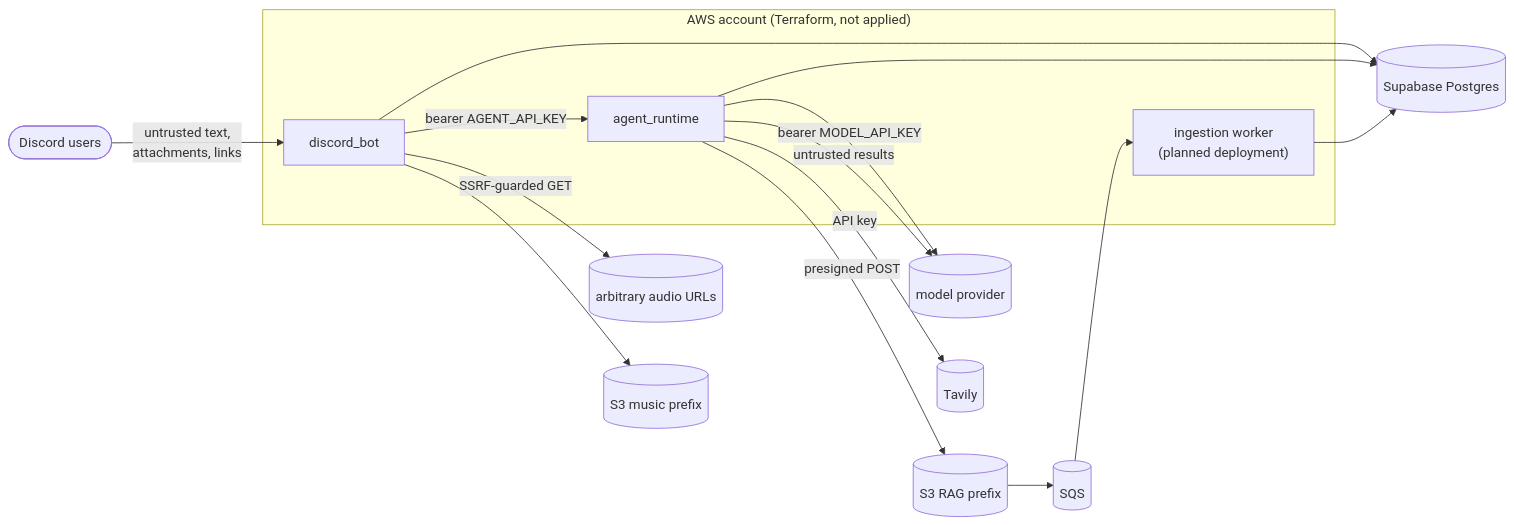
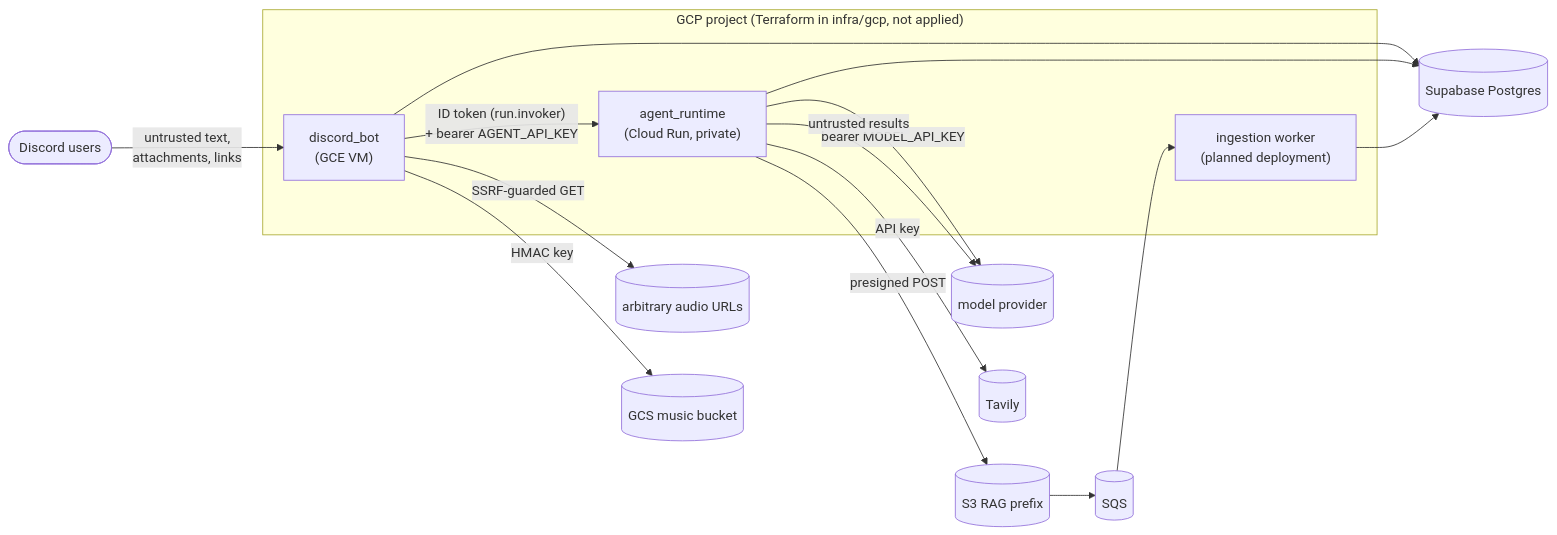
Before and after one commit to PatiphanAK/tatarbot: the diagram in docs/security.md, drawn with Mermaid. The commit also changed other lines of this file and 16 other files, not shown here.

First line of the commit message:
gcp: hybrid deployment, bot on GCE and runtime on Cloud Run

````diff
--- a/docs/security.md
+++ b/docs/security.md
@@ -8,20 +8,20 @@
 ```mermaid
 flowchart LR
     users([Discord users]) -->|"untrusted text,<br/>attachments, links"| bot
-    subgraph aws["AWS account (Terraform, not applied)"]
-        bot[discord_bot]
-        rt[agent_runtime]
+    subgraph gcp["GCP project (Terraform in infra/gcp, not applied)"]
+        bot["discord_bot<br/>(GCE VM)"]
+        rt["agent_runtime<br/>(Cloud Run, private)"]
         worker["ingestion worker<br/>(planned deployment)"]
     end
-    bot -->|"bearer AGENT_API_KEY"| rt
+    bot -->|"ID token (run.invoker)<br/>+ bearer AGENT_API_KEY"| rt
     rt -->|"bearer MODEL_API_KEY"| model[(model provider)]
     rt -->|"API key"| tavily[(Tavily)]
     rt -->|"untrusted results"| model
     bot -->|"SSRF-guarded GET"| web[(arbitrary audio URLs)]
     bot --> pg[(Supabase Postgres)]
     rt --> pg
     worker --> pg
-    bot --> s3m[(S3 music prefix)]
+    bot -->|"HMAC key"| s3m[(GCS music bucket)]
     rt -->|"presigned POST"| s3r[(S3 RAG prefix)]
     s3r --> sqs[(SQS)] --> worker
 ```
````
